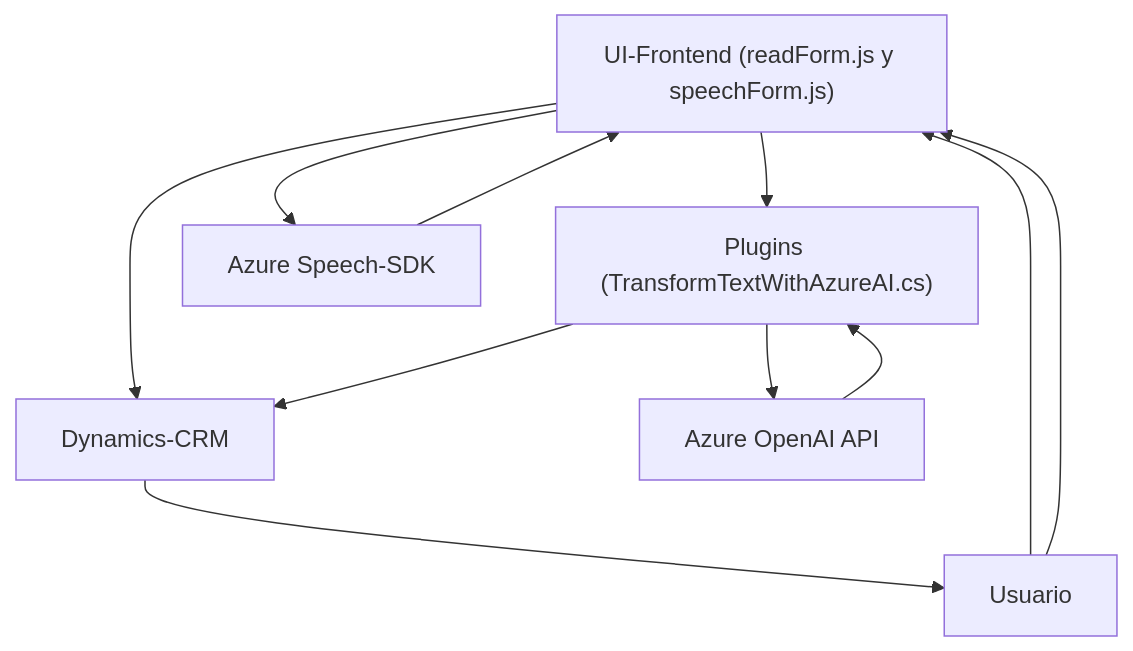
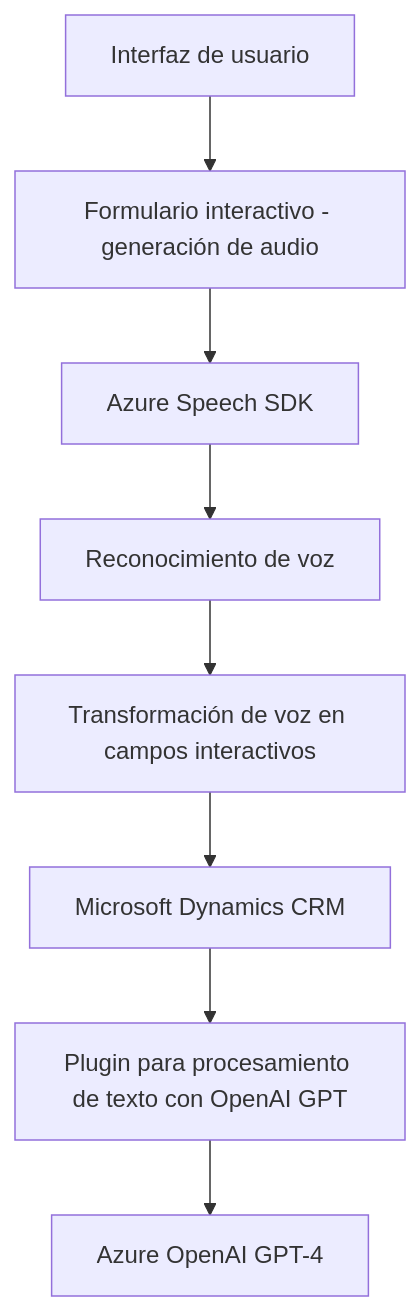
The diagram in README.md (blopezdm/NETCORE_BILBAO2025), drawn with Mermaid before and after one commit. The commit also changed other lines of this file, not shown here.

Commit message:
Actualizar análisis global de la solución con IA

````diff
--- a/README.md
+++ b/README.md
@@ -43,20 +45,19 @@
 ```mermaid
 graph TD
-  A["UI-Frontend (readForm.js y speechForm.js)"]
-  B["Plugins (TransformTextWithAzureAI.cs)"]
-  C["Azure Speech-SDK"]
-  D["Dynamics-CRM"]
-  E["Azure OpenAI API"]
-  F["Usuario"]
-
-  F --> A
-  A --> C
-  C --> A
-  F --> A
-  A --> D
-  A --> B
-  B --> E
-  E --> B
-  B --> D
-  D --> F
+    A["Interfaz de usuario"]
+    B["Formulario interactivo - generación de audio"]
+    C["Azure Speech SDK"]
+    D["Reconocimiento de voz"]
+    E["Transformación de voz en campos interactivos"]
+    F["Microsoft Dynamics CRM"]
+    G["Plugin para procesamiento de texto con OpenAI GPT"]
+    H["Azure OpenAI GPT-4"]
+    
+    A --> B
+    B --> C
+    C --> D
+    D --> E
+    E --> F
+    F --> G
+    G --> H
 ```
````
